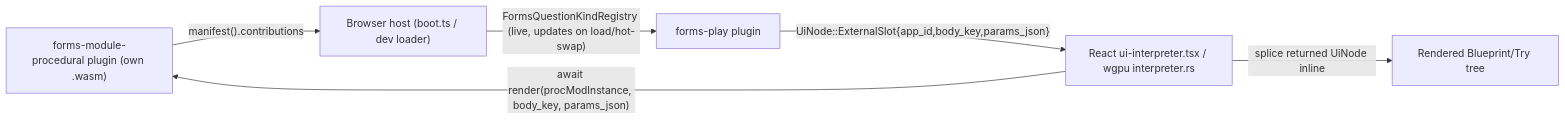
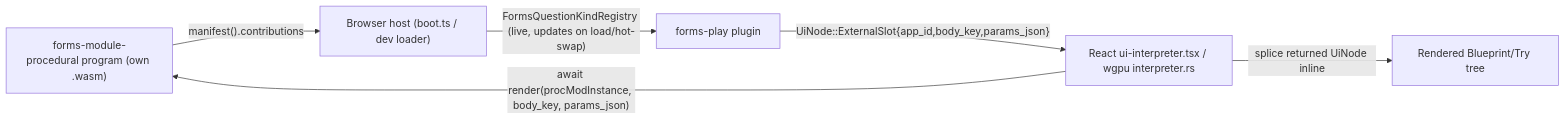
The diagram in .cursor/plans/forms_blueprint_try_module_preview_5033d857.plan.md (usalu/semio), drawn with Mermaid before and after one commit. The commit also changed other lines of this file and 1361 other files, not shown here.

````diff
--- a/.cursor/plans/forms_blueprint_try_module_preview_5033d857.plan.md
+++ b/.cursor/plans/forms_blueprint_try_module_preview_5033d857.plan.md
@@ -50,8 +50,8 @@
 ```mermaid
 flowchart LR
-  procMod["forms-module-procedural plugin (own .wasm)"] -->|"manifest().contributions"| host["Browser host (boot.ts / dev loader)"]
+  procMod["forms-module-procedural program (own .wasm)"] -->|"manifest().contributions"| host["Browser host (boot.ts / dev loader)"]
   host -->|"FormsQuestionKindRegistry (live, updates on load/hot-swap)"| formsPlugin["forms-play plugin"]
   formsPlugin -->|"UiNode::ExternalSlot{app_id,body_key,params_json}"| interp["React ui-interpreter.tsx / wgpu interpreter.rs"]
   interp -->|"await render(procModInstance, body_key, params_json)"| procMod
   interp -->|"splice returned UiNode inline"| tree["Rendered Blueprint/Try tree"]
 ```
````
